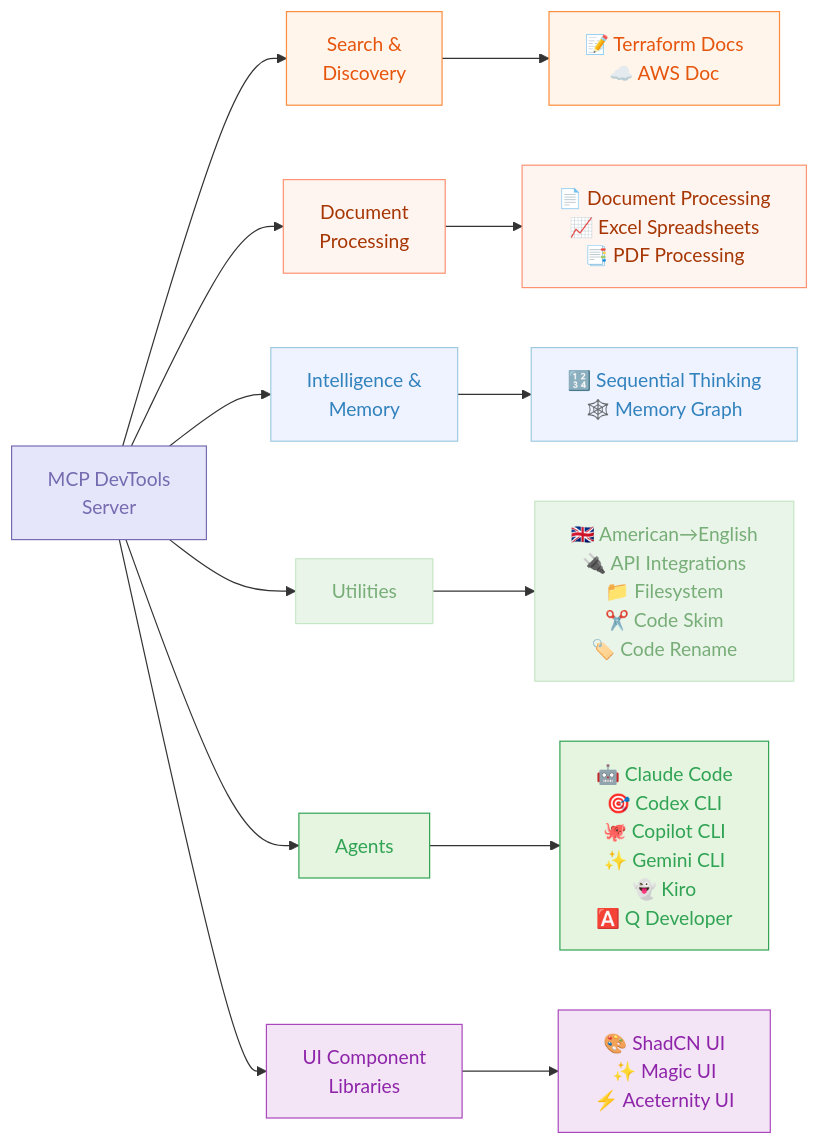
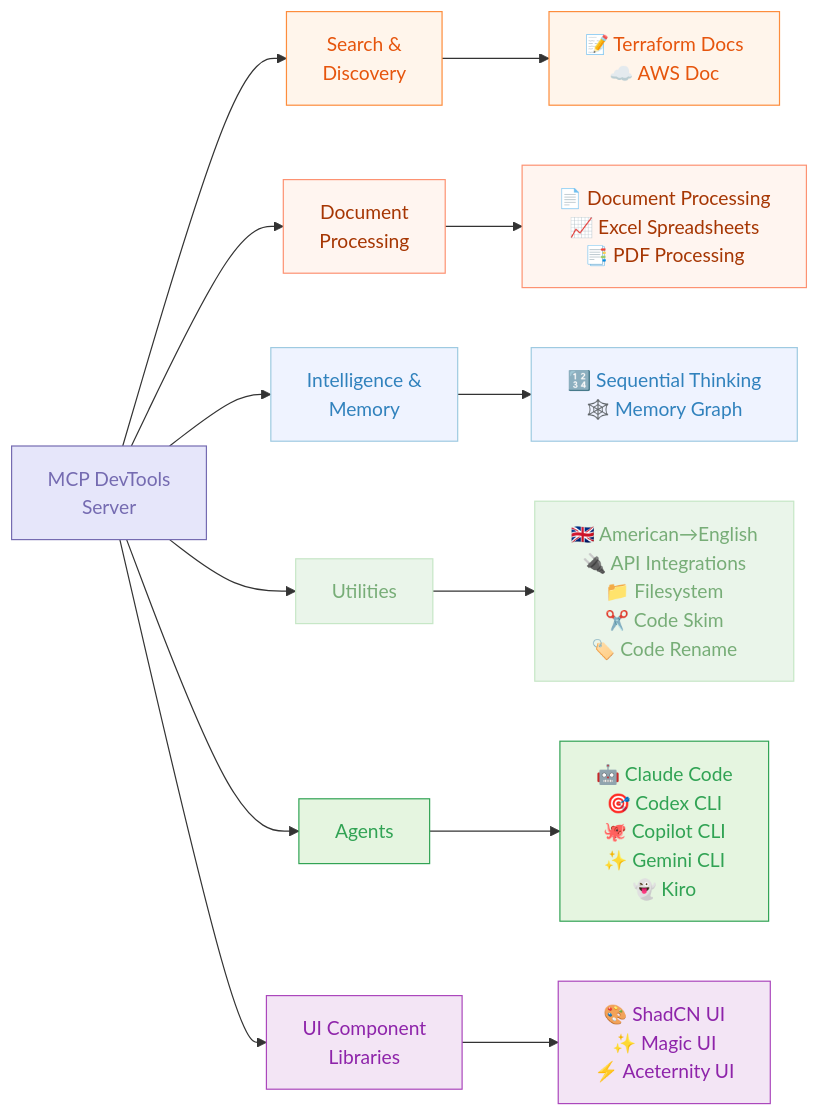
The second of 2 diagrams in README.md (sammcj/mcp-devtools), drawn with Mermaid before and after one commit. The commit also changed other lines of this file and 8 other files, not shown here.

````diff
--- a/README.md
+++ b/README.md
@@ -34,39 +34,39 @@
 ```mermaid
 graph LR
     A[MCP DevTools<br>Server]
 
     A --> B[Search &<br>Discovery]
     A --> C[Document<br>Processing]
     A --> E[Intelligence &<br>Memory]
     A --> F[Utilities]
     A --> G[Agents]
     A --> D[UI Component<br>Libraries]
 
     B --> B_Tools[📝 Terraform Docs<br>☁️ AWS Doc]
 
     C --> C_Tools[📄 Document Processing<br>📈 Excel Spreadsheets<br>📑 PDF Processing]
 
     E --> E_Tools[🔢 Sequential Thinking<br>🕸️ Memory Graph]
 
     F --> F_Tools[🇬🇧 American→English<br>🔌 API Integrations<br>📁 Filesystem<br>✂️ Code Skim<br>🏷️ Code Rename]
 
-    G --> G_Tools[🤖 Claude Code<br>🎯 Codex CLI<br>🐙 Copilot CLI<br>✨ Gemini CLI<br>👻 Kiro<br>🅰️ Q Developer]
+    G --> G_Tools[🤖 Claude Code<br>🎯 Codex CLI<br>🐙 Copilot CLI<br>✨ Gemini CLI<br>👻 Kiro]
 
     D --> D_Tools[🎨 ShadCN UI<br>✨ Magic UI<br>⚡ Aceternity UI]
 
     classDef components fill:#E6E6FA,stroke:#756BB1,color:#756BB1
     classDef llm fill:#E5F5E0,stroke:#31A354,color:#31A354
     classDef process fill:#EAF5EA,stroke:#C6E7C6,color:#77AD77
     classDef data fill:#EFF3FF,stroke:#9ECAE1,color:#3182BD
     classDef decision fill:#FFF5EB,stroke:#FD8D3C,color:#E6550D
     classDef api fill:#FFF5F0,stroke:#FD9272,color:#A63603
     classDef ui fill:#F3E5F5,stroke:#AB47BC,color:#8E24AA
 
     class A components
     class B,B_Tools decision
     class C,C_Tools api
     class D,D_Tools ui
     class E,E_Tools data
     class F,F_Tools process
     class G,G_Tools llm
 ```
````
